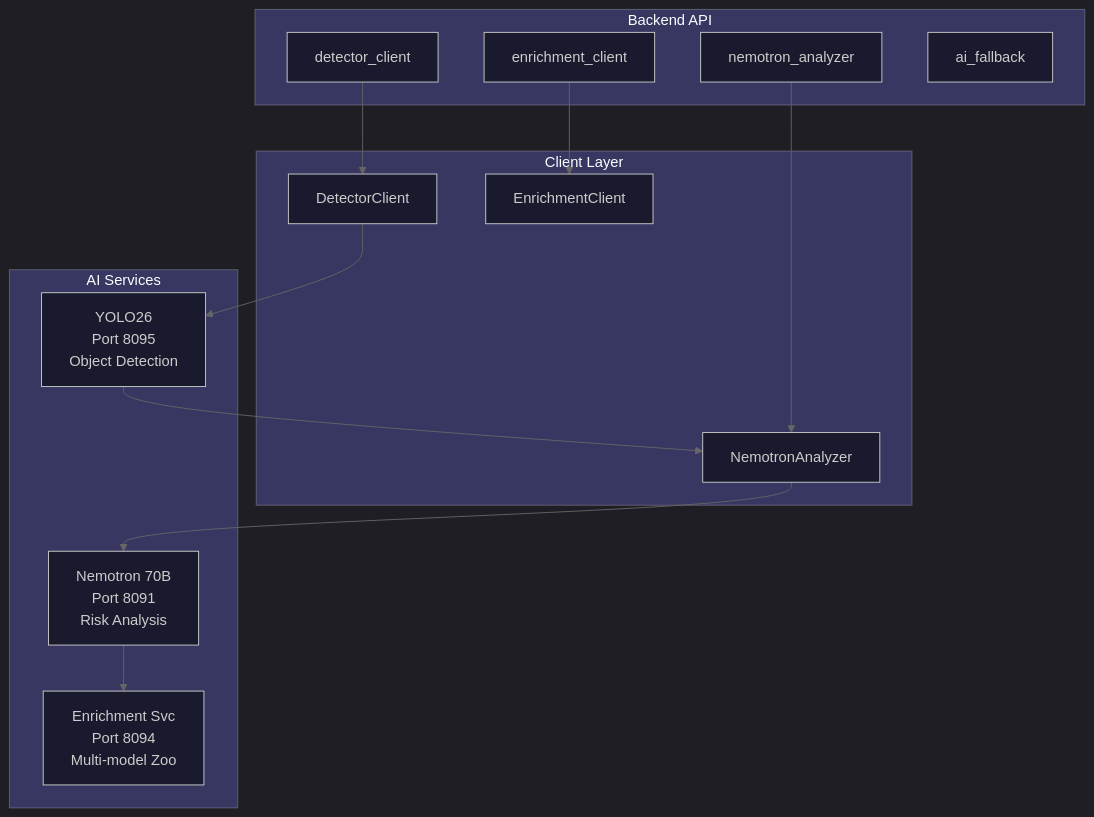
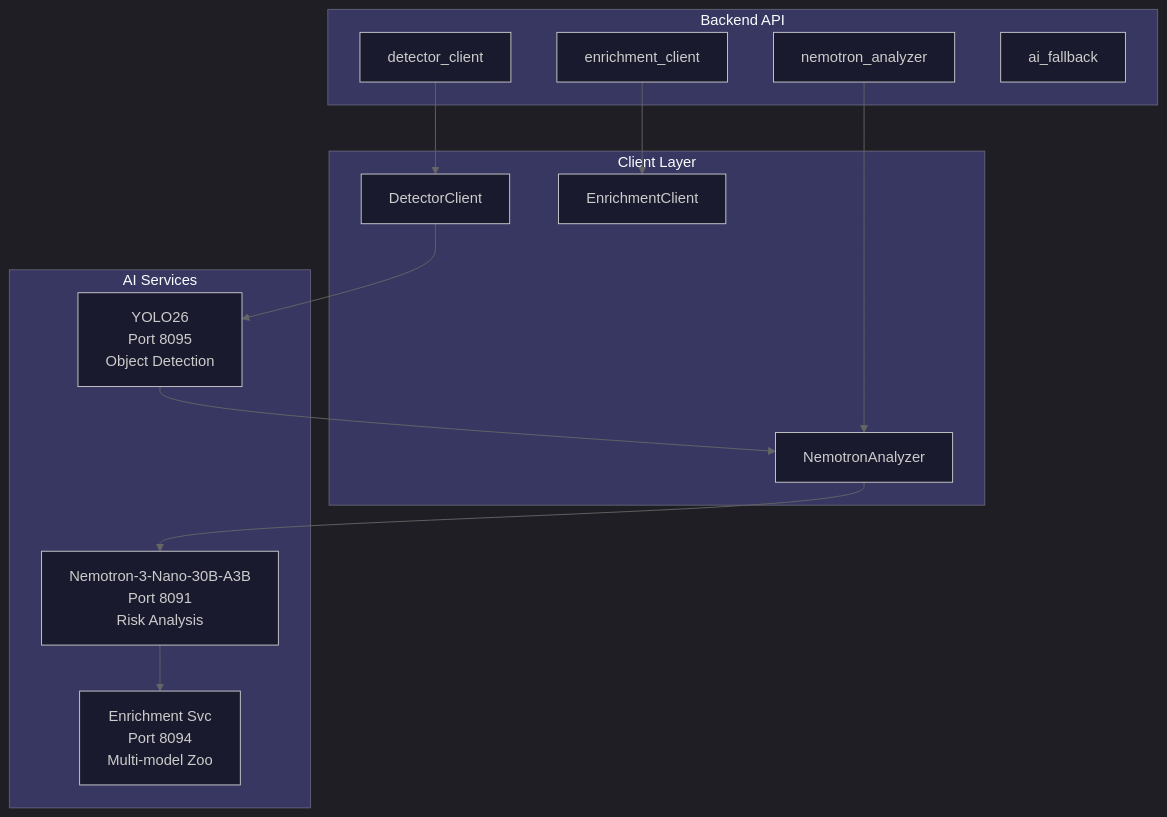
Before and after one commit to mikesvoboda/nemotron-v3-home-security-intelligence: the diagram in docs/architecture/ai-orchestration/README.md, drawn with Mermaid. The commit also changed other lines of this file and 206 other files, not shown here.

````diff
--- a/docs/architecture/ai-orchestration/README.md
+++ b/docs/architecture/ai-orchestration/README.md
@@ -16,43 +16,43 @@
 ```mermaid
 %%{init: {
   'theme': 'dark',
   'themeVariables': {
     'primaryColor': '#3B82F6',
     'primaryTextColor': '#FFFFFF',
     'primaryBorderColor': '#60A5FA',
     'secondaryColor': '#A855F7',
     'tertiaryColor': '#009688',
     'background': '#121212',
     'mainBkg': '#1a1a2e',
     'lineColor': '#666666'
   }
 }}%%
 flowchart TB
     subgraph Backend["Backend API"]
         DC[detector_client]
         NA[nemotron_analyzer]
         EC[enrichment_client]
         AF[ai_fallback]
     end
 
     subgraph Clients["Client Layer"]
         DCL[DetectorClient]
         NAL[NemotronAnalyzer]
         ECL[EnrichmentClient]
     end
 
     subgraph AI["AI Services"]
         YOLO["YOLO26<br/>Port 8095<br/>Object Detection"]
-        NEM["Nemotron 70B<br/>Port 8091<br/>Risk Analysis"]
+        NEM["Nemotron-3-Nano-30B-A3B<br/>Port 8091<br/>Risk Analysis"]
         ENR["Enrichment Svc<br/>Port 8094<br/>Multi-model Zoo"]
     end
 
     DC --> DCL
     NA --> NAL
     EC --> ECL
 
     DCL --> YOLO
     YOLO --> NAL
     NAL --> NEM
     NEM --> ENR
 ```
````
